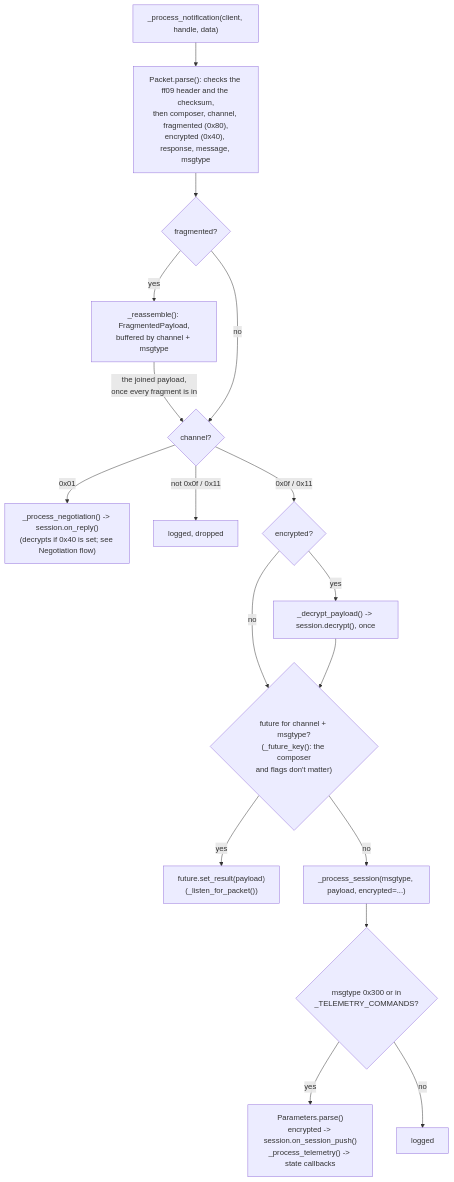
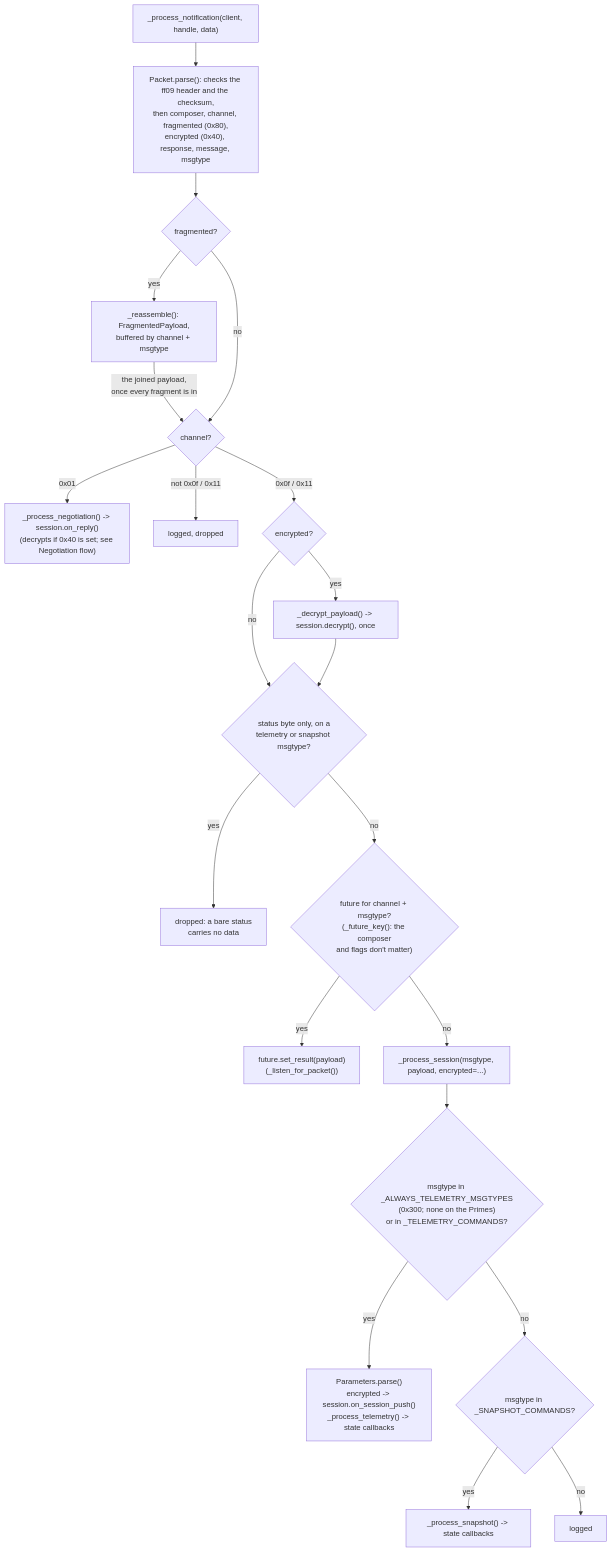
Before and after one commit to flip-dots/SolixBLE: the tenth of 15 diagrams in docs/source/protocols.rst, drawn with Mermaid. The commit also changed 4 other files, not shown here.

First line of the commit message:
Ignore the Primes' MQTT-only 0300 stats push

```diff
--- a/docs/source/protocols.rst
+++ b/docs/source/protocols.rst
@@ -581,21 +581,25 @@
 .. mermaid::
 
   flowchart TD
       notif["_process_notification(client, handle, data)"]
       parse["Packet.parse(): checks the ff09 header and the checksum,<br/>then composer, channel, fragmented (0x80),<br/>encrypted (0x40), response, message, msgtype"]
       notif --> parse
       parse --> frag{"fragmented?"}
       frag -- yes --> reasm["_reassemble(): FragmentedPayload,<br/>buffered by channel + msgtype"]
       reasm -- "the joined payload,<br/>once every fragment is in" --> chan
       frag -- no --> chan{"channel?"}
       chan -- "0x01" --> nego["_process_negotiation() -> session.on_reply()<br/>(decrypts if 0x40 is set; see Negotiation flow)"]
       chan -- "not 0x0f / 0x11" --> drop["logged, dropped"]
       chan -- "0x0f / 0x11" --> encq{"encrypted?"}
       encq -- yes --> dec["_decrypt_payload() -> session.decrypt(), once"]
-      encq -- no --> fut
-      dec --> fut{"future for channel + msgtype?<br/>(_future_key(): the composer<br/>and flags don't matter)"}
+      encq -- no --> bare
+      dec --> bare{"status byte only, on a<br/>telemetry or snapshot msgtype?"}
+      bare -- yes --> bdrop["dropped: a bare status<br/>carries no data"]
+      bare -- no --> fut{"future for channel + msgtype?<br/>(_future_key(): the composer<br/>and flags don't matter)"}
       fut -- yes --> setres["future.set_result(payload)<br/>(_listen_for_packet())"]
       fut -- no --> sess["_process_session(msgtype, payload, encrypted=...)"]
-      sess --> tel{"msgtype 0x300 or in<br/>_TELEMETRY_COMMANDS?"}
+      sess --> tel{"msgtype in _ALWAYS_TELEMETRY_MSGTYPES<br/>(0x300; none on the Primes)<br/>or in _TELEMETRY_COMMANDS?"}
       tel -- yes --> telem["Parameters.parse()<br/>encrypted -> session.on_session_push()<br/>_process_telemetry() -> state callbacks"]
-      tel -- no --> logged["logged"]
+      tel -- no --> snap{"msgtype in _SNAPSHOT_COMMANDS?"}
+      snap -- yes --> snapshot["_process_snapshot() -> state callbacks"]
+      snap -- no --> logged["logged"]
```
